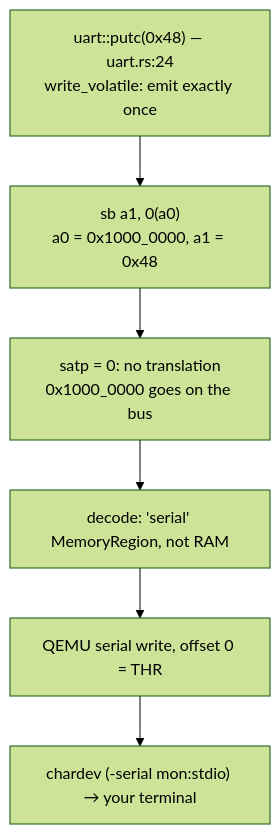
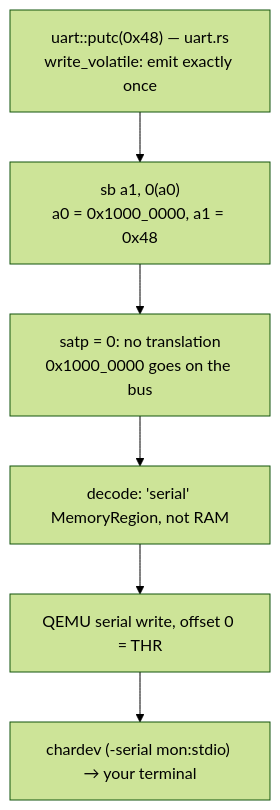
One commit to USF-CS326-F26/USF-CS326-F26.github.io changed the second of 3 diagrams in docs/lectures/05-cs326-2026-09-24-boot-from-reset-to-kmain.md. Above: the diagram before and after it, drawn with Mermaid (forest theme). The commit also changed other lines of this file and 66 other files, not shown here.

````diff
--- a/docs/lectures/05-cs326-2026-09-24-boot-from-reset-to-kmain.md
+++ b/docs/lectures/05-cs326-2026-09-24-boot-from-reset-to-kmain.md
@@ -443,8 +443,8 @@
 ```mermaid
 flowchart TD
-    A["uart::putc(0x48) — uart.rs:24\nwrite_volatile: emit exactly once"] --> C["sb a1, 0(a0)\na0 = 0x1000_0000, a1 = 0x48"]
+    A["uart::putc(0x48) — uart.rs\nwrite_volatile: emit exactly once"] --> C["sb a1, 0(a0)\na0 = 0x1000_0000, a1 = 0x48"]
     C --> D["satp = 0: no translation\n0x1000_0000 goes on the bus"]
     D --> E["decode: 'serial' MemoryRegion, not RAM"]
     E --> F["QEMU serial write, offset 0 = THR"]
     F --> G["chardev (-serial mon:stdio) → your terminal"]
 ```
````
